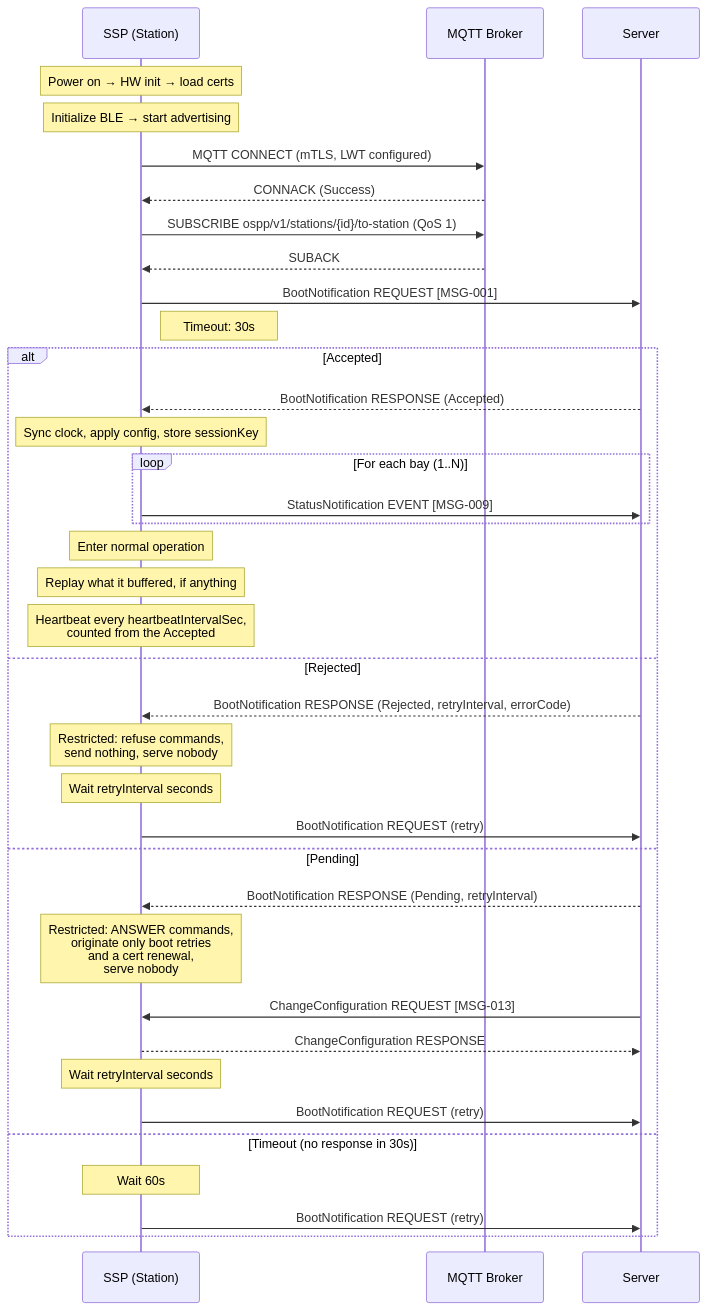
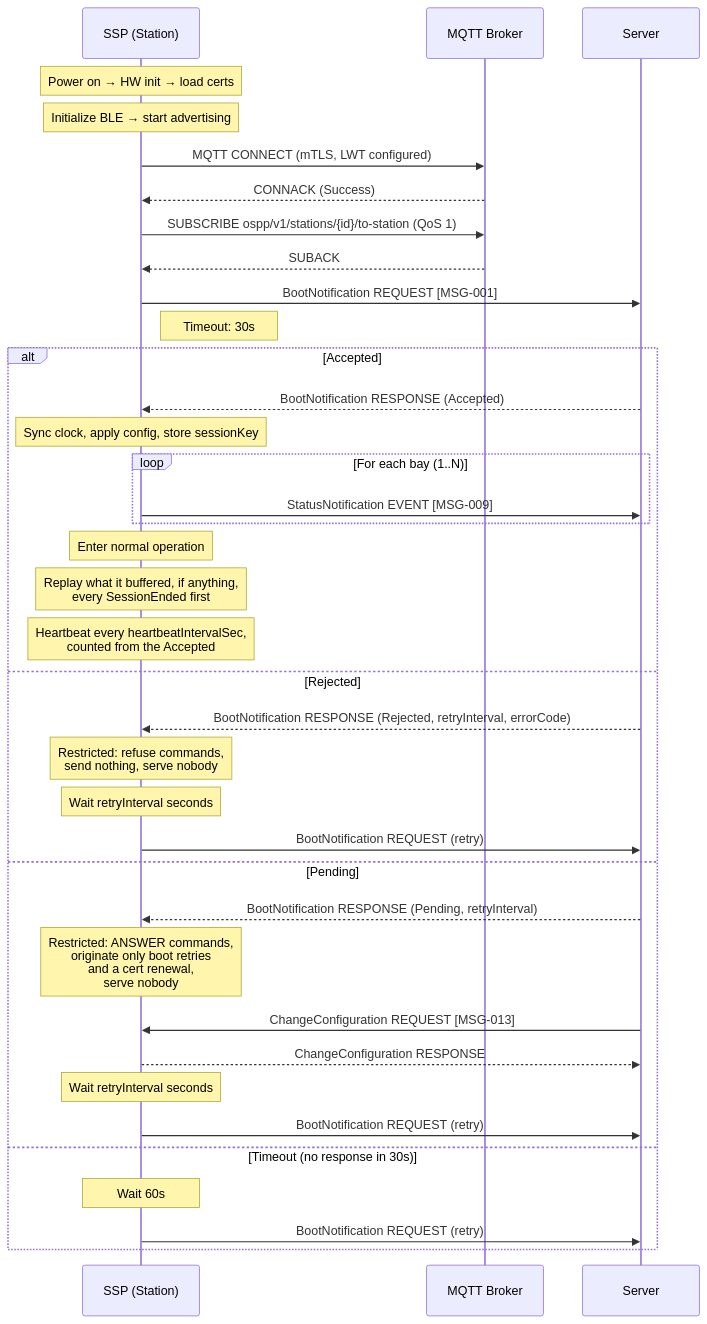
Before and after one commit to ospp-org/spec: the first of 19 diagrams in spec/04-flows.md, drawn with Mermaid. The commit also changed other lines of this file and 15 other files, not shown here.

````diff
--- a/spec/04-flows.md
+++ b/spec/04-flows.md
@@ -102,48 +102,48 @@
 ```mermaid
 sequenceDiagram
     participant SSP as SSP (Station)
     participant Broker as MQTT Broker
     participant Server
 
     Note over SSP: Power on → HW init → load certs
     Note over SSP: Initialize BLE → start advertising
 
     SSP->>Broker: MQTT CONNECT (mTLS, LWT configured)
     Broker-->>SSP: CONNACK (Success)
     SSP->>Broker: SUBSCRIBE ospp/v1/stations/{id}/to-station (QoS 1)
     Broker-->>SSP: SUBACK
 
     SSP->>Server: BootNotification REQUEST [MSG-001]
     Note right of SSP: Timeout: 30s
 
     alt Accepted
         Server-->>SSP: BootNotification RESPONSE (Accepted)
         Note over SSP: Sync clock, apply config, store sessionKey
 
         loop For each bay (1..N)
             SSP->>Server: StatusNotification EVENT [MSG-009]
         end
 
         Note over SSP: Enter normal operation
-        Note over SSP: Replay what it buffered, if anything
+        Note over SSP: Replay what it buffered, if anything,<br/>every SessionEnded first
         Note over SSP: Heartbeat every heartbeatIntervalSec,<br/>counted from the Accepted
 
     else Rejected
         Server-->>SSP: BootNotification RESPONSE (Rejected, retryInterval, errorCode)
         Note over SSP: Restricted: refuse commands,<br/>send nothing, serve nobody
         Note over SSP: Wait retryInterval seconds
         SSP->>Server: BootNotification REQUEST (retry)
 
     else Pending
         Server-->>SSP: BootNotification RESPONSE (Pending, retryInterval)
         Note over SSP: Restricted: ANSWER commands,<br/>originate only boot retries<br/>and a cert renewal,<br/>serve nobody
         Server->>SSP: ChangeConfiguration REQUEST [MSG-013]
         SSP-->>Server: ChangeConfiguration RESPONSE
         Note over SSP: Wait retryInterval seconds
         SSP->>Server: BootNotification REQUEST (retry)
 
     else Timeout (no response in 30s)
         Note over SSP: Wait 60s
         SSP->>Server: BootNotification REQUEST (retry)
     end
 ```
````
